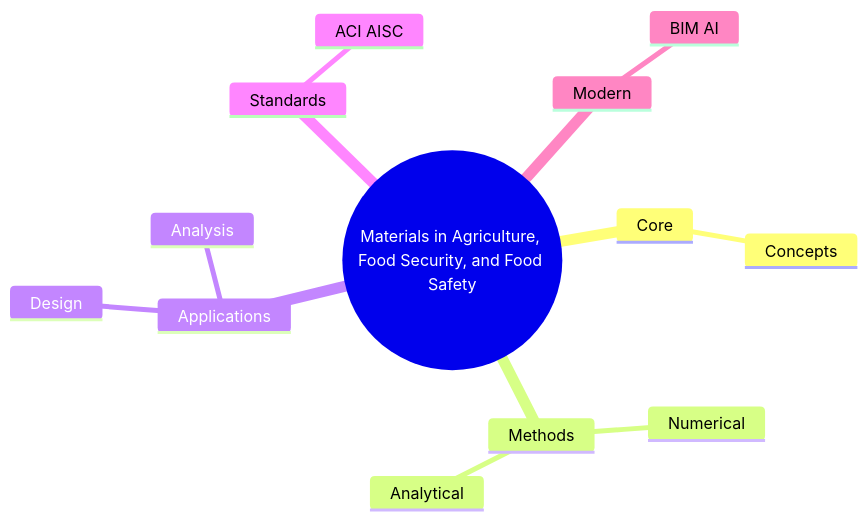
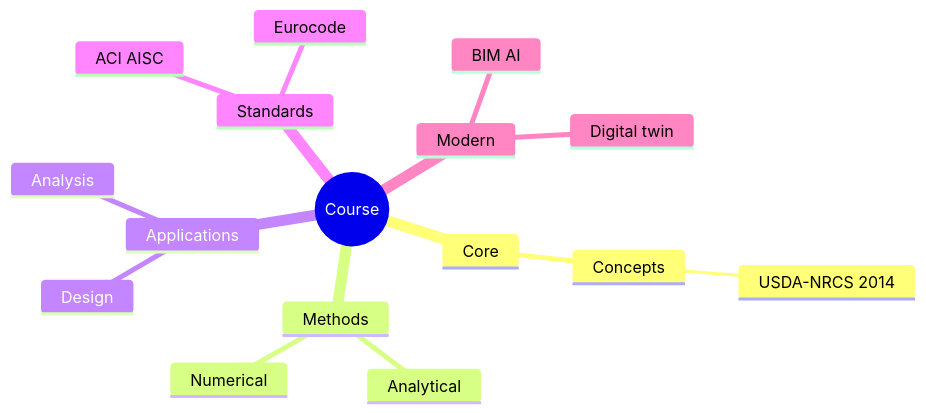
The second of 6 diagrams in MIT_CEE_Core/Track_2_Mechanics_Materials/Materials/04_1.579_Materials_in_Agriculture.md (yip-lgtm/civil-bootcamp), drawn with Mermaid before and after one commit. The commit also changed other lines of this file and 56 other files, not shown here.

````diff
--- a/MIT_CEE_Core/Track_2_Mechanics_Materials/Materials/04_1.579_Materials_in_Agriculture.md
+++ b/MIT_CEE_Core/Track_2_Mechanics_Materials/Materials/04_1.579_Materials_in_Agriculture.md
@@ -260,16 +440,19 @@
 ```mermaid
 mindmap
-    root((Materials in Agriculture, Food Security, and Food Safety))
-      Core
-        Concepts
-      Methods
-        Analytical
-        Numerical
-      Applications
-        Design
-        Analysis
-      Standards
-        ACI AISC
-      Modern
-        BIM AI
+  root((Course))
+    Core
+      Concepts
+        USDA-NRCS 2014
+    Methods
+      Analytical
+      Numerical
+    Applications
+      Design
+      Analysis
+    Standards
+      ACI AISC
+      Eurocode
+    Modern
+      BIM AI
+      Digital twin
 ```
````
